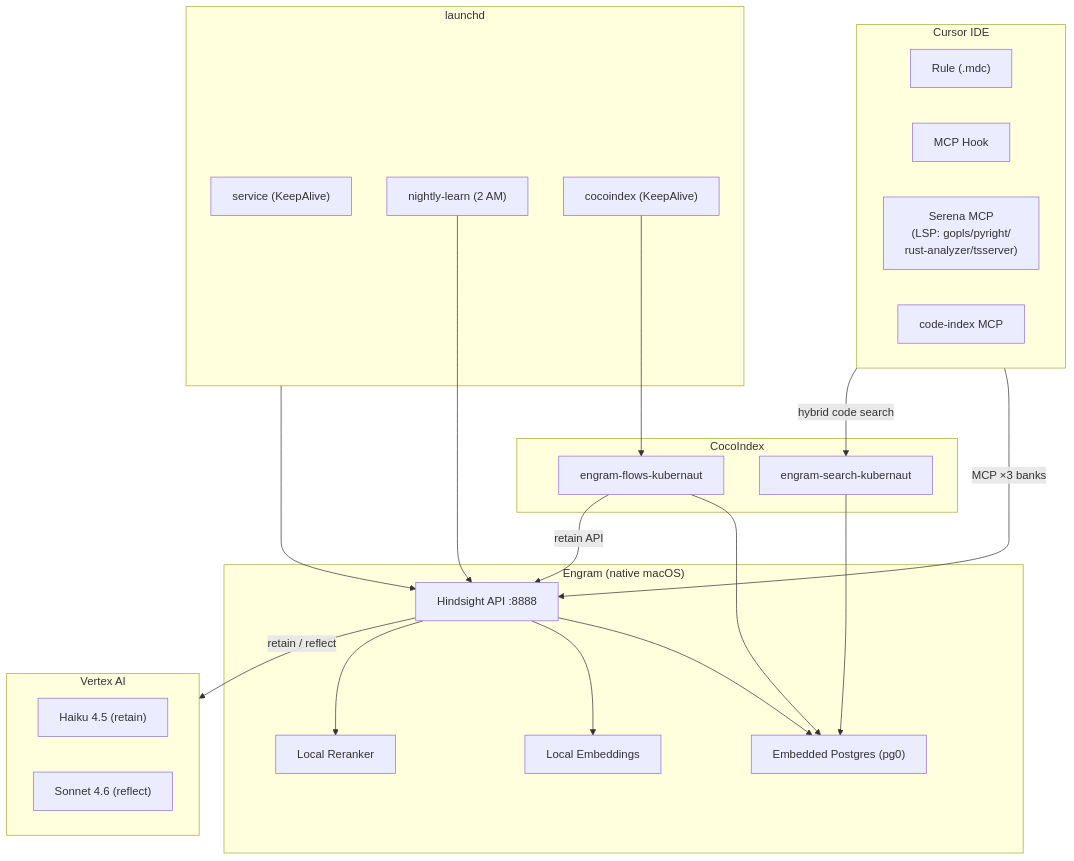
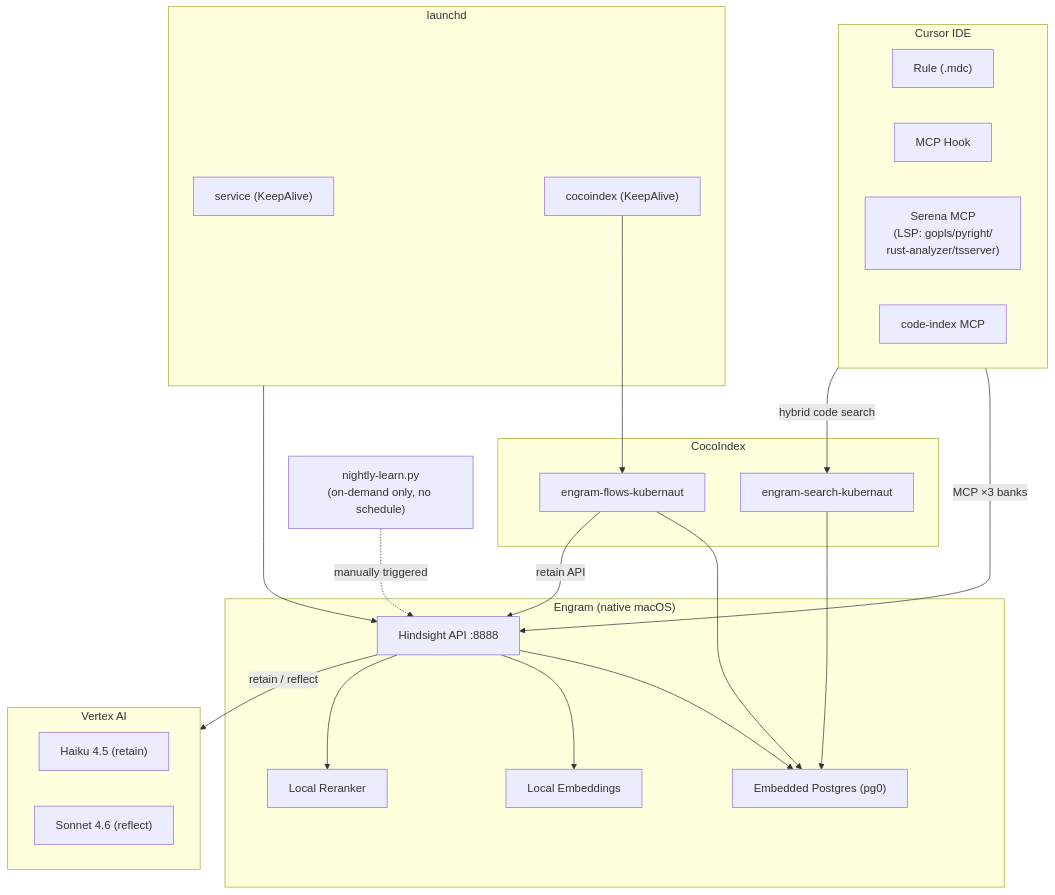
One commit to jordigilh/engram changed the second of 2 diagrams in README.md. Above: the diagram before and after it, drawn with Mermaid. The commit also changed other lines of this file, not shown here.

First line of the commit message:
docs(readme): reflect on-demand retain/reflect, drop macOS-service bullet

````diff
--- a/README.md
+++ b/README.md
@@ -103,45 +111,46 @@
 ```mermaid
 graph TB
     subgraph cursor["Cursor IDE"]
         rule["Rule (.mdc)"]
         hook["MCP Hook"]
         serena["Serena MCP<br/>(LSP: gopls/pyright/<br/>rust-analyzer/tsserver)"]
         code_mcp["code-index MCP"]
     end
 
     subgraph engram["Engram (native macOS)"]
         api["Hindsight API :8888"]
         pg["Embedded Postgres (pg0)"]
         emb["Local Embeddings"]
         rerank["Local Reranker"]
     end
 
     subgraph cocoindex_engine["CocoIndex"]
         coco["engram-flows-kubernaut"]
         coco_search["engram-search-kubernaut"]
         coco --> pg
         coco_search --> pg
     end
 
     subgraph vertex["Vertex AI"]
         haiku["Haiku 4.5 (retain)"]
         sonnet["Sonnet 4.6 (reflect)"]
     end
 
     subgraph launchd["launchd"]
         svc["service (KeepAlive)"]
-        nightly["nightly-learn (2 AM)"]
         coco_svc["cocoindex (KeepAlive)"]
     end
+
+    nightly["nightly-learn.py<br/>(on-demand only, no schedule)"]
 
     cursor -->|"MCP ×3 banks"| api
     cursor -->|"hybrid code search"| coco_search
     api --> pg
     api --> emb
     api --> rerank
     api -->|"retain / reflect"| vertex
     launchd --> api
-    nightly --> api
+    nightly -.->|"manually triggered"| api
     coco_svc --> coco
     coco -->|"retain API"| api
 ```
````
